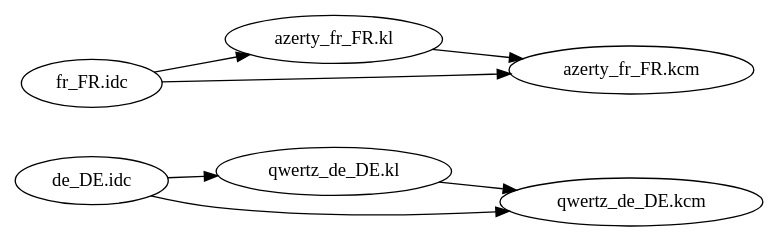
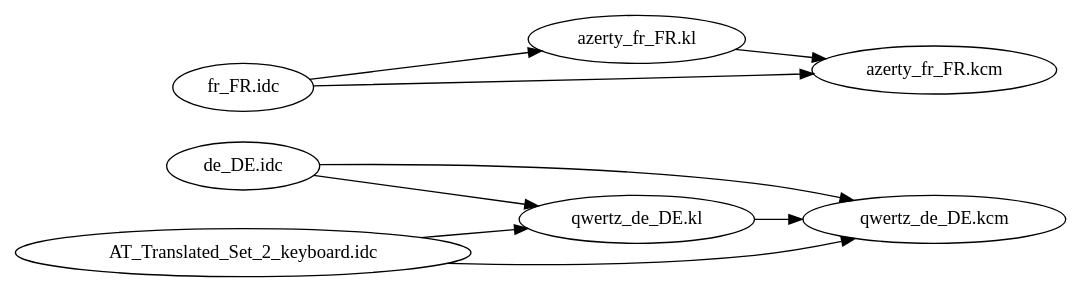
Before and after one commit to ranfyy/eee-qwertz: the diagram in keyboards.gv, drawn with Graphviz.

Commit message:
include AT_Translated_Set_2_keyboard.idc

```diff
--- a/keyboards.gv
+++ b/keyboards.gv
@@ -1,40 +1,47 @@
 digraph idc {
 
 graph [
 rankdir = "LR"
 ];
 
 "de_idc" [
 label = "de_DE.idc"
 ];
 
 "de_kl" [
 label = "qwertz_de_DE.kl"
 ];
 
 "de_kcm" [
 label = "qwertz_de_DE.kcm"
 ];
 
+"AT_idc" [
+label = "AT_Translated_Set_2_keyboard.idc"
+];
+
+  AT_idc -> de_kl;
+  AT_idc -> de_kcm;
+  
 	de_idc -> de_kl;
 	de_idc -> de_kcm;
 	de_kl -> de_kcm;
 	
 
 "fr_idc" [
 label = "fr_FR.idc"
 ];
 
 "fr_kl" [
 label = "azerty_fr_FR.kl"
 ];
 
 "fr_kcm" [
 label = "azerty_fr_FR.kcm"
 ];
 
 	fr_idc -> fr_kl;
 	fr_idc -> fr_kcm;
 	fr_kl -> fr_kcm;
 	
 }
```
